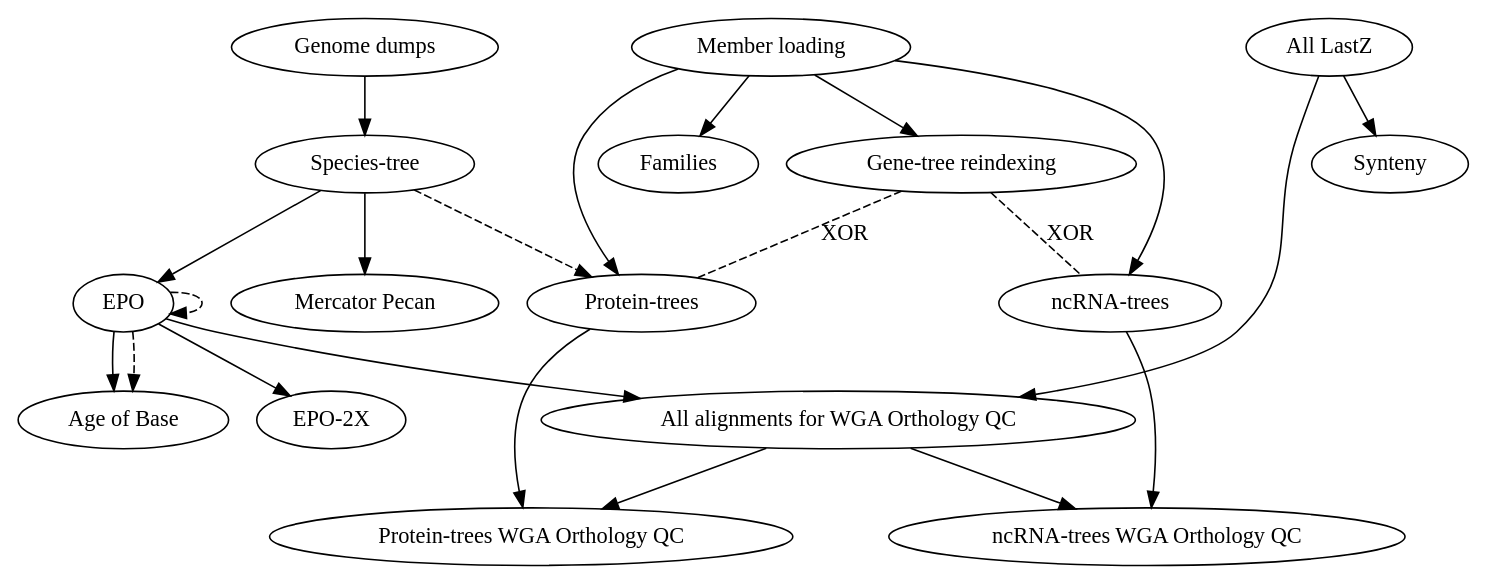
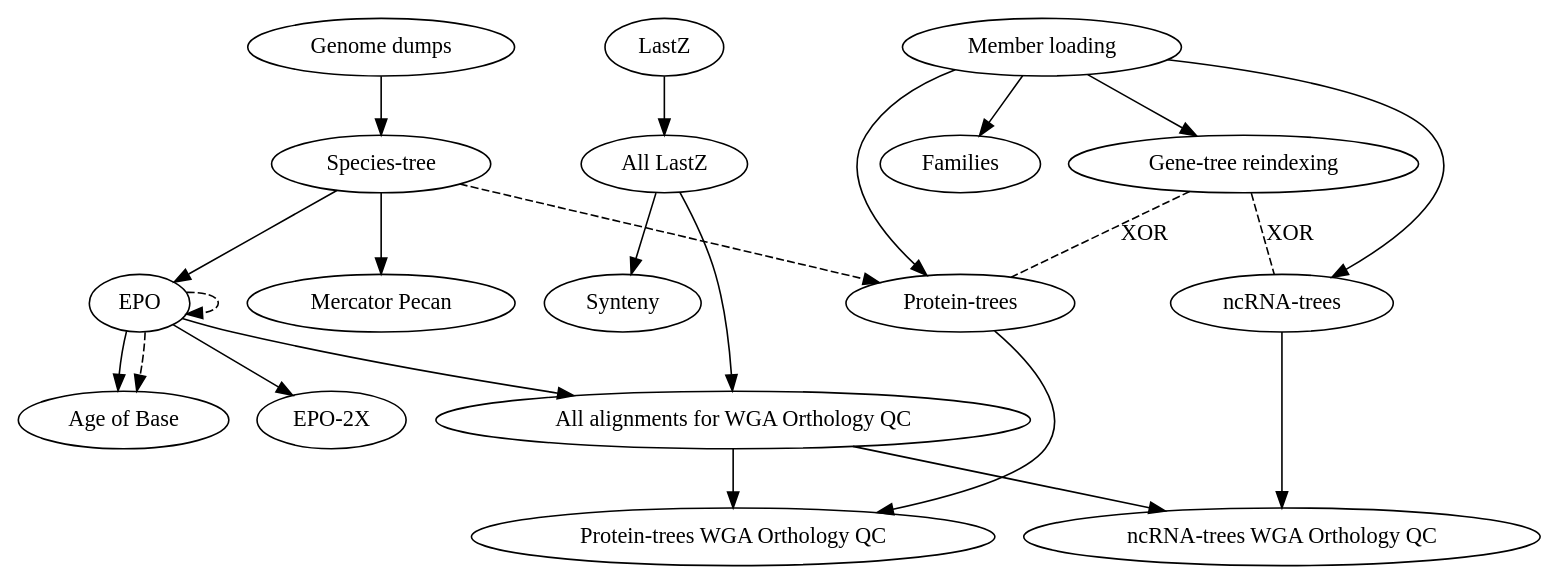
The diagram in scripts/jira_tickets/compara_merged.dot (Ensembl/ensembl-compara), drawn with Graphviz before and after one commit.

Commit message:
We can now track the LastZ batches in the graph

```diff
--- a/scripts/jira_tickets/compara_merged.dot
+++ b/scripts/jira_tickets/compara_merged.dot
@@ -1,20 +1,20 @@
 digraph {
     "Genome dumps" -> "Species-tree";
     "Species-tree" -> { "EPO", "Mercator Pecan" };
     "EPO" -> "EPO-2X";
     "EPO" -> "Age of Base";
     "Member loading" -> { "Protein-trees", "ncRNA-trees", "Families", "Gene-tree reindexing" };
     "Protein-trees" -> "Protein-trees WGA Orthology QC";
     "ncRNA-trees" -> "ncRNA-trees WGA Orthology QC";
     {"All LastZ", "EPO"} -> "All alignments for WGA Orthology QC" -> {"Protein-trees WGA Orthology QC", "ncRNA-trees WGA Orthology QC"};
-    "All LastZ" -> "Synteny";
+    "LastZ" -> "All LastZ" -> "Synteny";
 
     "Gene-tree reindexing" -> "ncRNA-trees" [style="dashed", dir=none, label="XOR", headport="murinae:w", tailport="murinae:s"];
     "Gene-tree reindexing" -> "Protein-trees" [style="dashed", dir=none, label="XOR", headport="murinae:e", tailport="murinae:s"];
     "EPO" -> "EPO" [style="dashed", headport="Primates:e", tailport="Mammals:e"];
     "EPO" -> "Age of Base" [style="dashed", headport="Vertebrates:w", tailport="Mammals:w"];
     "Species-tree" -> "Protein-trees" [style="dashed", headport="Plants:w", tailport="Plants"];
 
     // Helps laying out the graph
-    {rank = same; "Genome dumps"; "All LastZ"; "Member loading"; }
+    {rank = same; "Genome dumps"; "LastZ"; "Member loading"; }
 }
```
